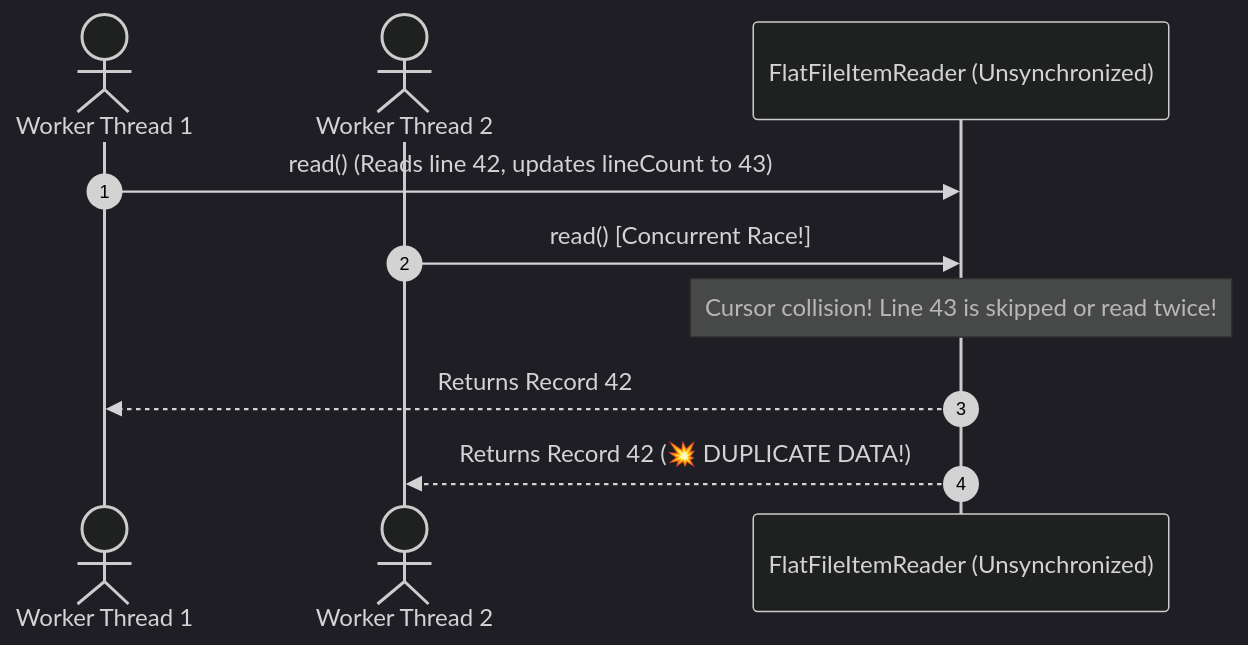
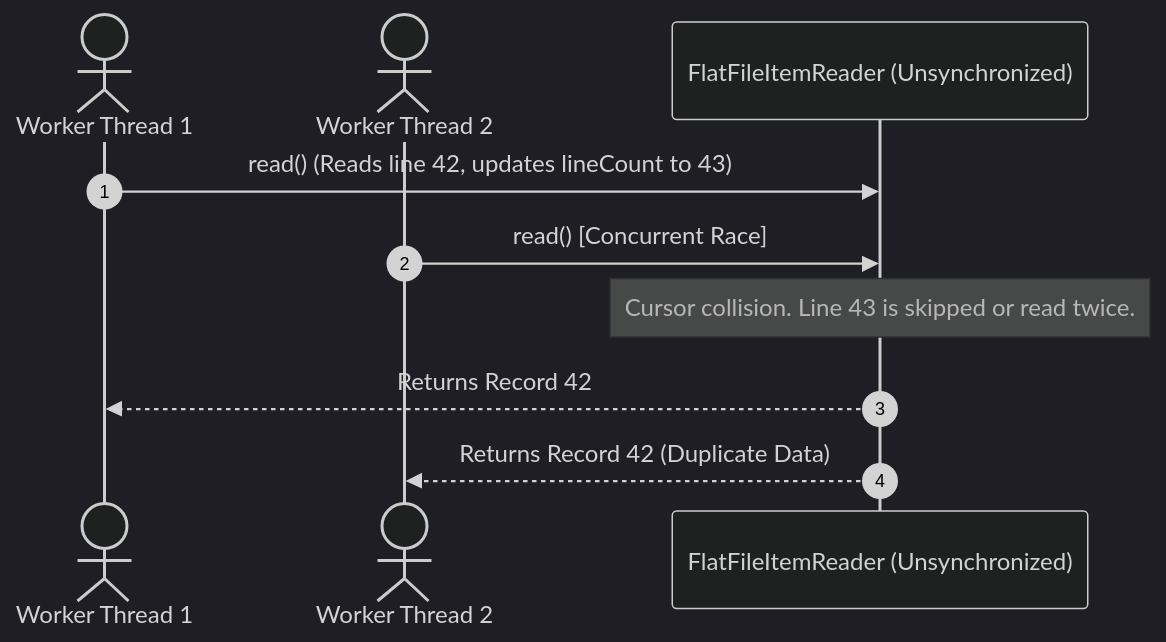
The second of 2 diagrams in docs/debugging/spring-batch-and-scheduler-locking-pitfalls.md (Rohit1024/spring-boot-mastery), drawn with Mermaid (dark theme) before and after one commit. The commit also changed other lines of this file and 117 other files, not shown here.

````diff
--- a/docs/debugging/spring-batch-and-scheduler-locking-pitfalls.md
+++ b/docs/debugging/spring-batch-and-scheduler-locking-pitfalls.md
@@ -70,13 +70,13 @@
 ``` mermaid
 sequenceDiagram
     autonumber
     actor T1 as Worker Thread 1
     actor T2 as Worker Thread 2
     participant Reader as FlatFileItemReader (Unsynchronized)
 
     T1->>Reader: read() (Reads line 42, updates lineCount to 43)
-    T2->>Reader: read() [Concurrent Race!]
-    Note over Reader: Cursor collision! Line 43 is skipped or read twice!
+    T2->>Reader: read() [Concurrent Race]
+    Note over Reader: Cursor collision. Line 43 is skipped or read twice.
     Reader-->>T1: Returns Record 42
-    Reader-->>T2: Returns Record 42 (💥 DUPLICATE DATA!)
+    Reader-->>T2: Returns Record 42 (Duplicate Data)
 ```
````
